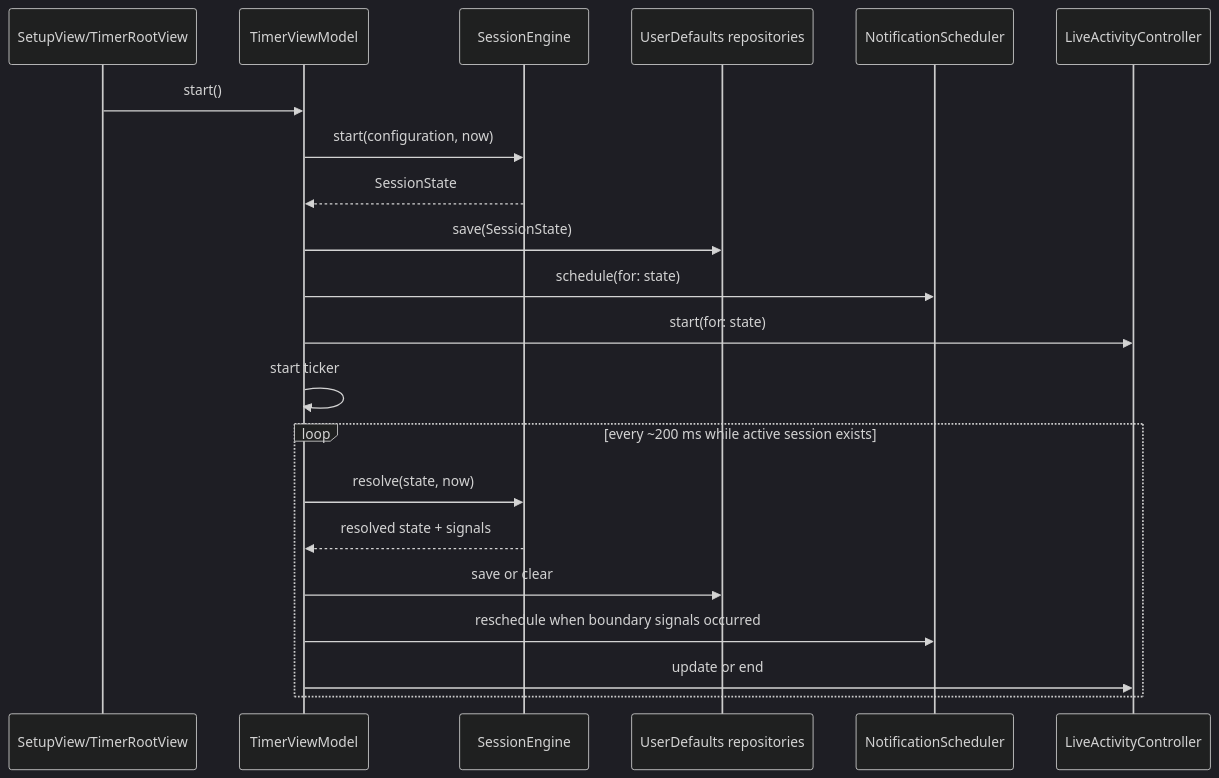
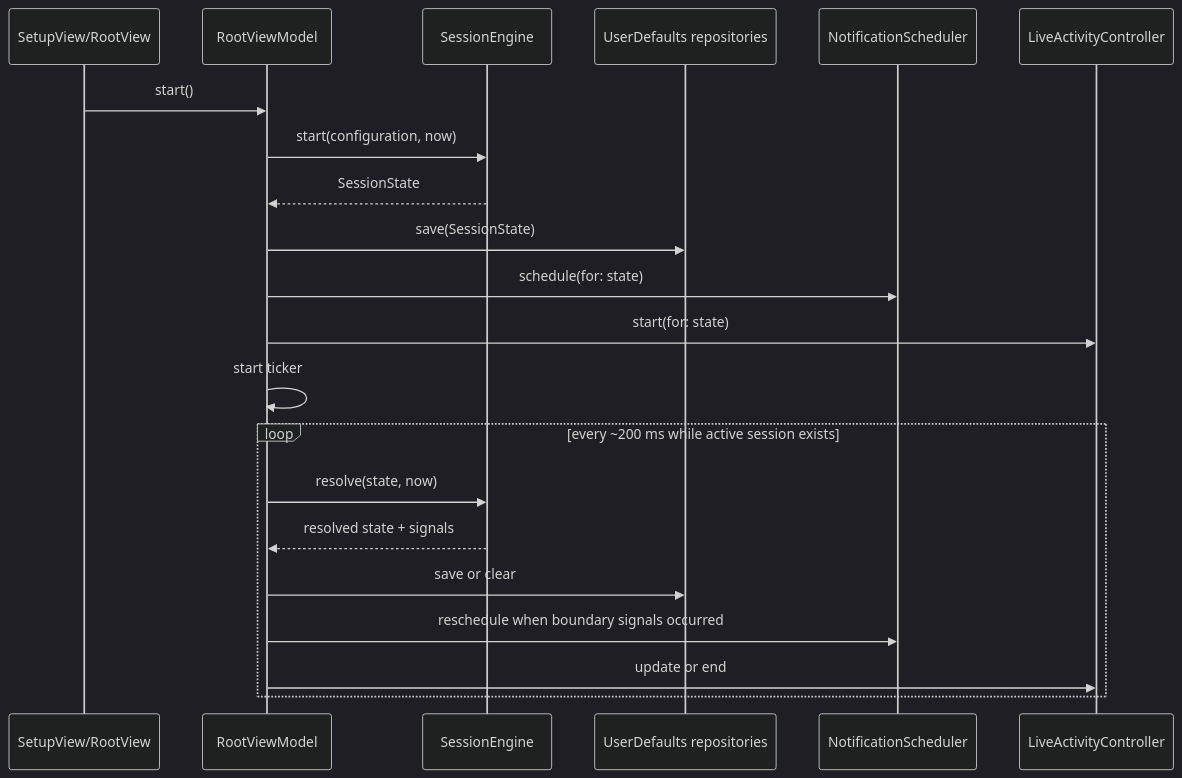
One commit to CoBug92/Fight-Clock changed the diagram in docs/tech/architecture.md. Above: the diagram before and after it, drawn with Mermaid (dark theme). The commit also changed other lines of this file and 166 other files, not shown here.

````diff
--- a/docs/tech/architecture.md
+++ b/docs/tech/architecture.md
@@ -65,24 +65,24 @@
 ```mermaid
 sequenceDiagram
-    participant UI as SetupView/TimerRootView
-    participant VM as TimerViewModel
+    participant UI as SetupView/RootView
+    participant VM as RootViewModel
     participant Engine as SessionEngine
     participant Store as UserDefaults repositories
     participant Notifications as NotificationScheduler
     participant Activity as LiveActivityController
 
     UI->>VM: start()
     VM->>Engine: start(configuration, now)
     Engine-->>VM: SessionState
     VM->>Store: save(SessionState)
     VM->>Notifications: schedule(for: state)
     VM->>Activity: start(for: state)
     VM->>VM: start ticker
     loop every ~200 ms while active session exists
         VM->>Engine: resolve(state, now)
         Engine-->>VM: resolved state + signals
         VM->>Store: save or clear
         VM->>Notifications: reschedule when boundary signals occurred
         VM->>Activity: update or end
     end
 ```
````
